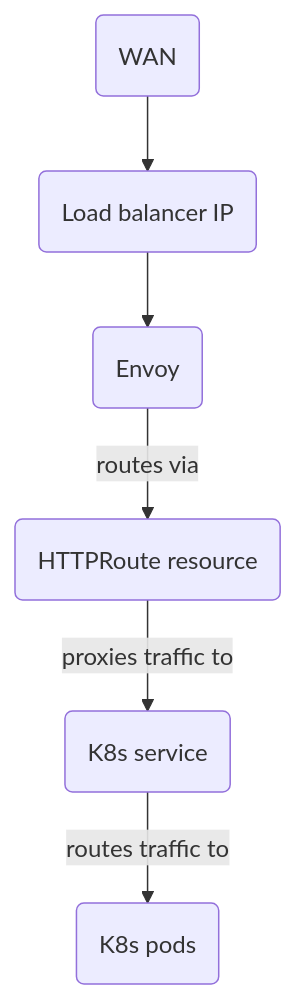
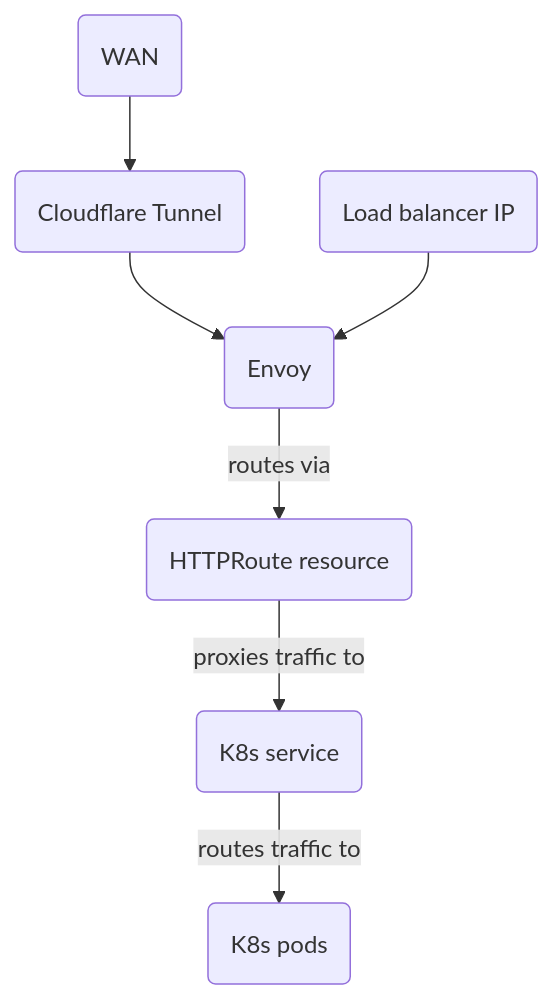
Before and after one commit to hbjydev/phoebe: the diagram in docs/components/infrastructure/envoy.md, drawn with Mermaid. The commit also changed other lines of this file and 2 other files, not shown here.

Commit message:
docs: cloudflare

````diff
--- a/docs/components/infrastructure/envoy.md
+++ b/docs/components/infrastructure/envoy.md
@@ -15,9 +19,10 @@
 ```mermaid
 flowchart TD
-    wan(WAN)-->lbip
+    wan(WAN)-->tunnel
+    tunnel(Cloudflare Tunnel)-->envoy
     lbip(Load balancer IP)-->envoy
     envoy(Envoy)-- routes via -->httproute
     httproute(HTTPRoute resource)-- proxies traffic to -->svc
     svc(K8s service)-- routes traffic to -->pods
     pods(K8s pods)
 ```
````
